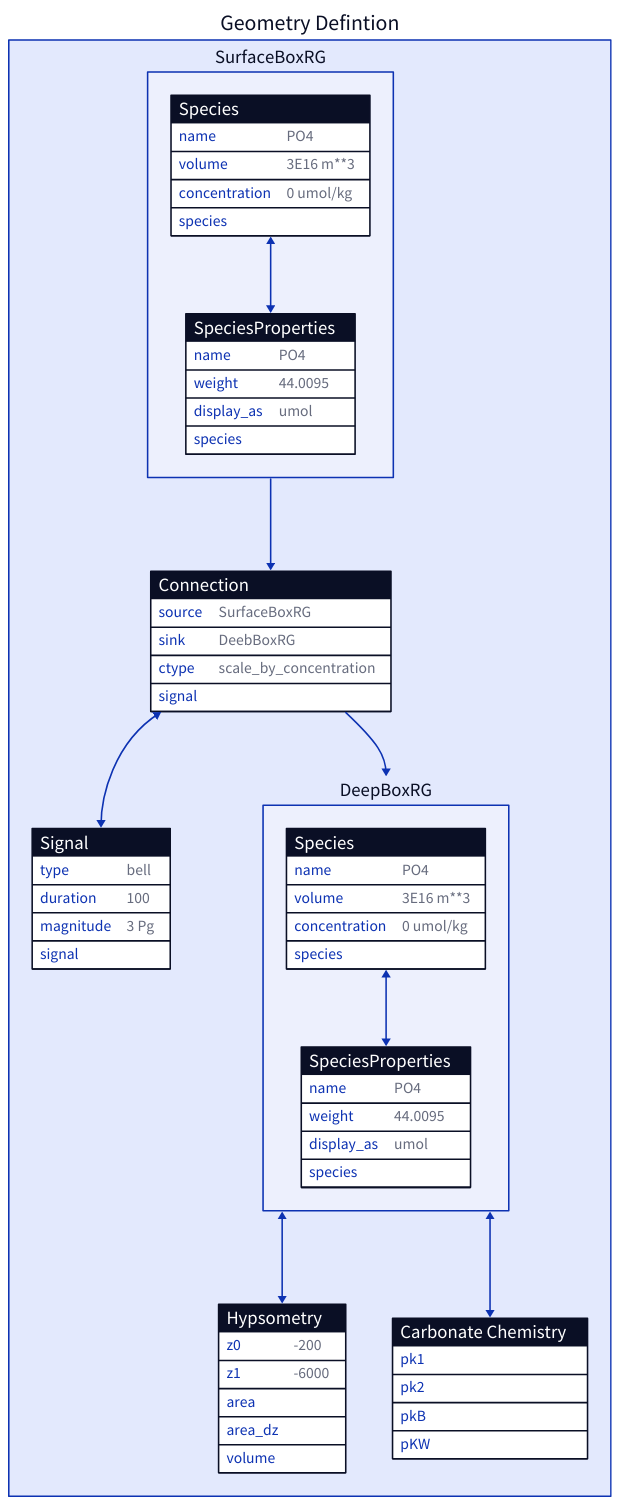
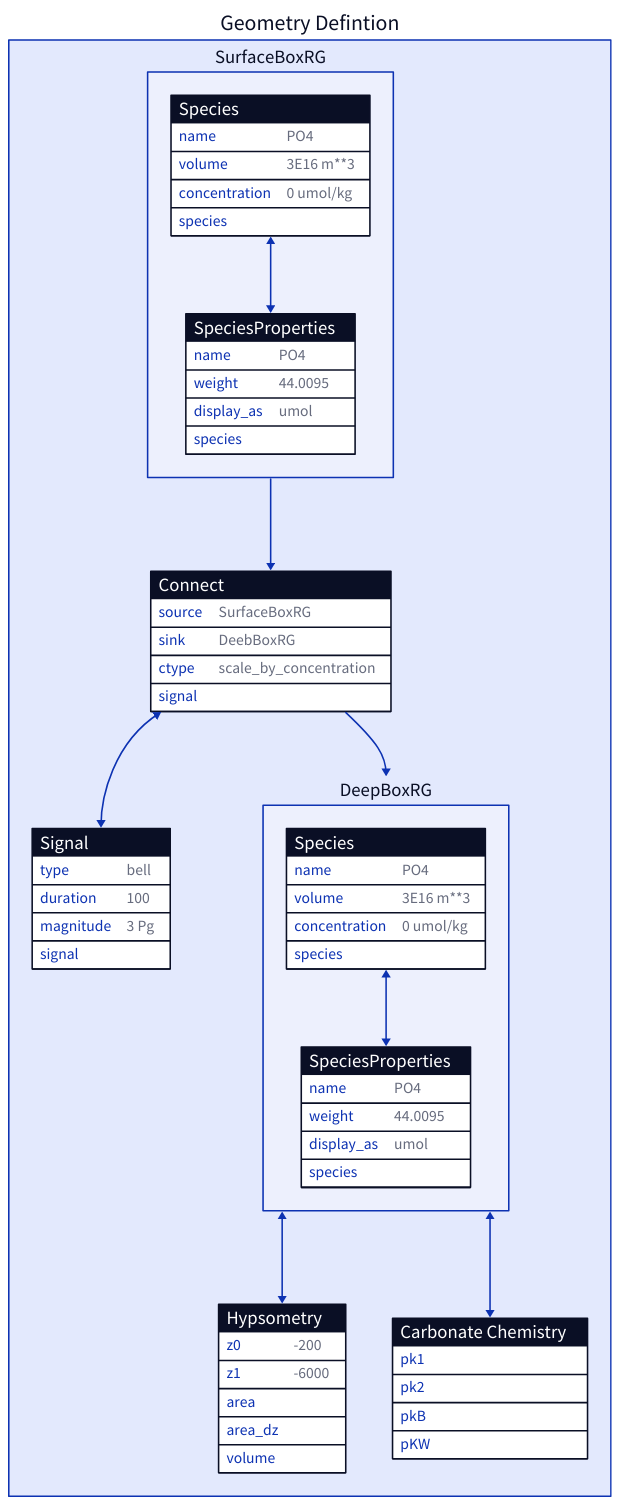
One commit to uliw/esbmtk changed the diagram in docs/manual/model2.d2. Above: the diagram before and after it, drawn with D2. The commit also changed 25 other files, not shown here.

```diff
--- a/docs/manual/model2.d2
+++ b/docs/manual/model2.d2
@@ -1,75 +1,75 @@
 geometry: Geometry Defintion {
   direction: down
   sb: SurfaceBoxRG {
     rs: Species {
       shape: sql_table
       name: "PO4"
       volume: "3E16 m**3"
       concentration: "0 umol/kg"
     }
 
     sp: SpeciesProperties {
       shape: sql_table
       name: PO4
       weight: 44.0095
       display_as: umol
     }
   }
 
-  c: Connection {
+  c: Connect {
     shape: sql_table
     source: SurfaceBoxRG
     sink: DeebBoxRG
     ctype: scale_by_concentration
   }
 
   s: Signal {
     shape: sql_table
     type: bell
     duration: 100
     magnitude: 3 Pg
   }
 
   db: DeepBoxRG {
     rd: Species {
       shape: sql_table
       name: "PO4"
       volume: "3E16 m**3"
       concentration: "0 umol/kg"
     }
     sp: SpeciesProperties {
       shape: sql_table
       name: PO4
       weight: 44.0095
       display_as: umol
     }
   }
 
   hypdb: Hypsometry {
     shape: sql_table
     z0: -200
     z1: -6000
     area
     area_dz
     volume
   }
   cs_db: Carbonate Chemistry {
     shape: sql_table
 
     pk1
     pk2
     pkB
     pKW
   }
 
   sb -> c
   c -> db
 
   c.signal <-> s.signal
 
   sb.rs.species <-> sb.sp.species
   db.rd.species <-> db.sp.species
 
   db <-> hypdb
   db <-> cs_db
 }
```
